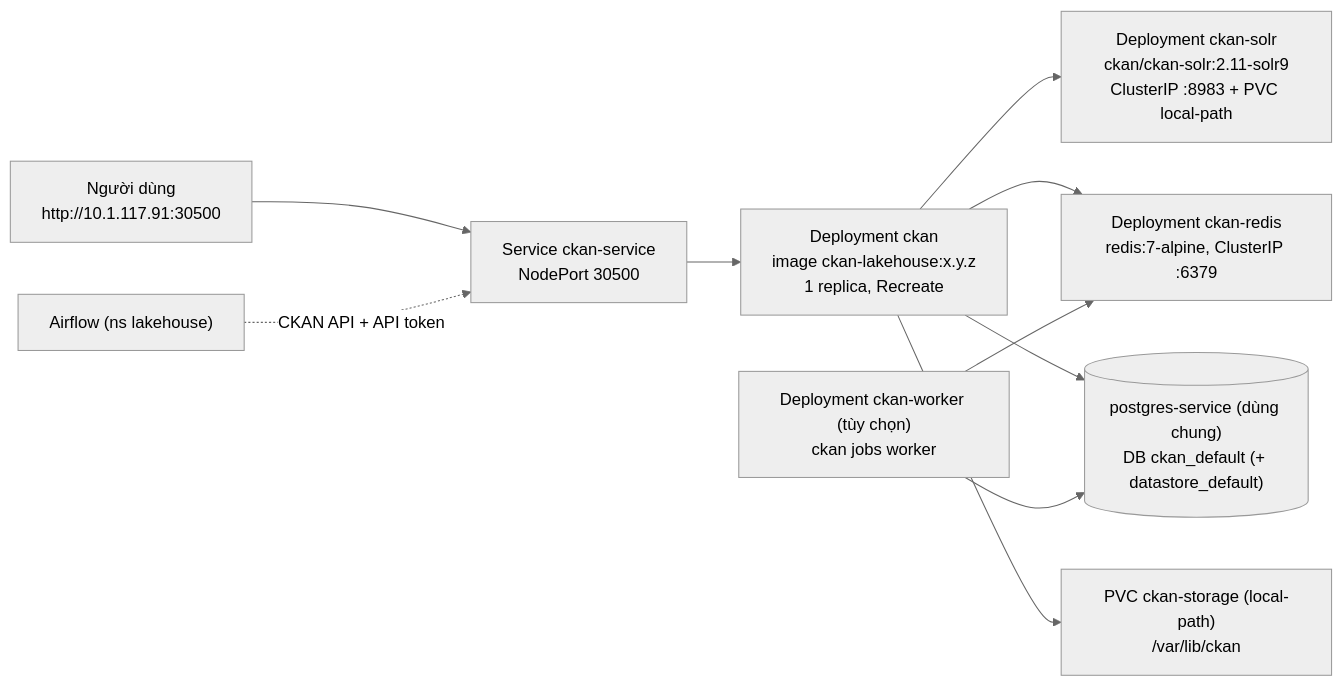
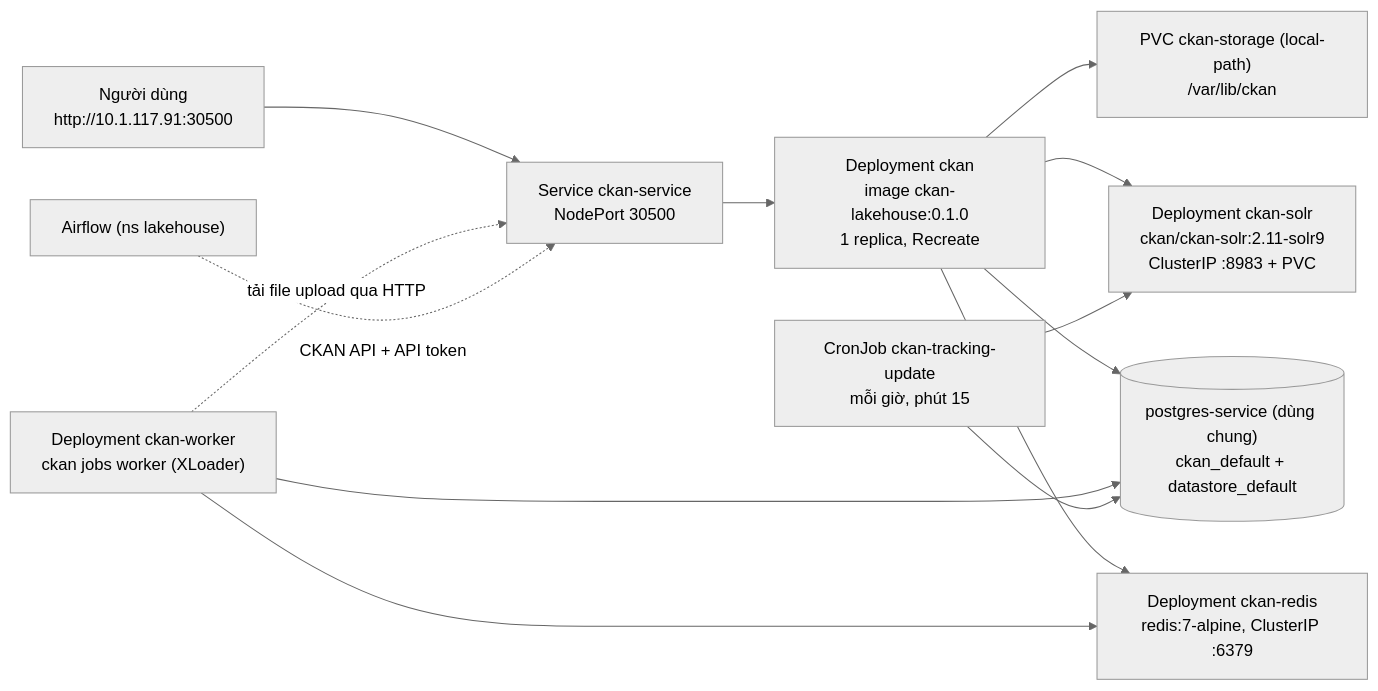
One commit to jayyyyte/ckan_customized changed the diagram in docs/phase-3-k8s-deploy.md. Above: the diagram before and after it, drawn with Mermaid (neutral theme). The commit also changed other lines of this file and 6 other files, not shown here.

Commit message:
Update phase-3-k8s-deploy.md and roadmap.md with deployment details and audit procedures

````diff
--- a/docs/phase-3-k8s-deploy.md
+++ b/docs/phase-3-k8s-deploy.md
@@ -9,12 +14,15 @@
 ```mermaid
 flowchart LR
   U["Người dùng<br/>http://10.1.117.91:30500"] --> SVC["Service ckan-service<br/>NodePort 30500"]
-  SVC --> CK["Deployment ckan<br/>image ckan-lakehouse:x.y.z<br/>1 replica, Recreate"]
-  CK --> SOLR["Deployment ckan-solr<br/>ckan/ckan-solr:2.11-solr9<br/>ClusterIP :8983 + PVC local-path"]
+  SVC --> CK["Deployment ckan<br/>image ckan-lakehouse:0.1.0<br/>1 replica, Recreate"]
+  CK --> SOLR["Deployment ckan-solr<br/>ckan/ckan-solr:2.11-solr9<br/>ClusterIP :8983 + PVC"]
   CK --> RED["Deployment ckan-redis<br/>redis:7-alpine, ClusterIP :6379"]
-  CK --> PG[("postgres-service (dùng chung)<br/>DB ckan_default (+ datastore_default)")]
+  CK --> PG[("postgres-service (dùng chung)<br/>ckan_default + datastore_default")]
   CK --> PVC["PVC ckan-storage (local-path)<br/>/var/lib/ckan"]
-  W["Deployment ckan-worker (tùy chọn)<br/>ckan jobs worker"] --> RED
+  W["Deployment ckan-worker<br/>ckan jobs worker (XLoader)"] --> RED
   W --> PG
+  W -. "tải file upload qua HTTP" .-> SVC
+  CJ["CronJob ckan-tracking-update<br/>mỗi giờ, phút 15"] --> PG
+  CJ --> SOLR
   AF["Airflow (ns lakehouse)"] -. "CKAN API + API token" .-> SVC
 ```
````
